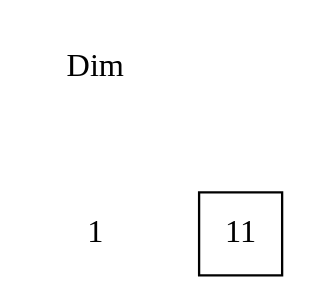
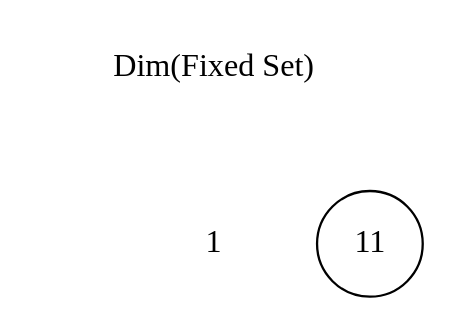
Before and after one commit to psistwu/equideg: the diagram in demo/demo20_OrbitType/S4_irr5_latorbt.dot, drawn with Graphviz. The commit also changed 9 other files, not shown here.

```diff
--- a/demo/demo20_OrbitType/S4_irr5_latorbt.dot
+++ b/demo/demo20_OrbitType/S4_irr5_latorbt.dot
@@ -1,8 +1,8 @@
 digraph lattice {
 size = "6,6";
-"rt" [label="Dim", color=white];
+"rt" [label="Dim(Fixed Set)", color=white];
 "rt" -> "s1" [color=white, arrowhead=none];
 "s1" [label="1", color=white];
-"1" [label="11", shape=square];
+"1" [label="11", shape=circle];
 { rank=same; "s1" "1"; }
 }
```
